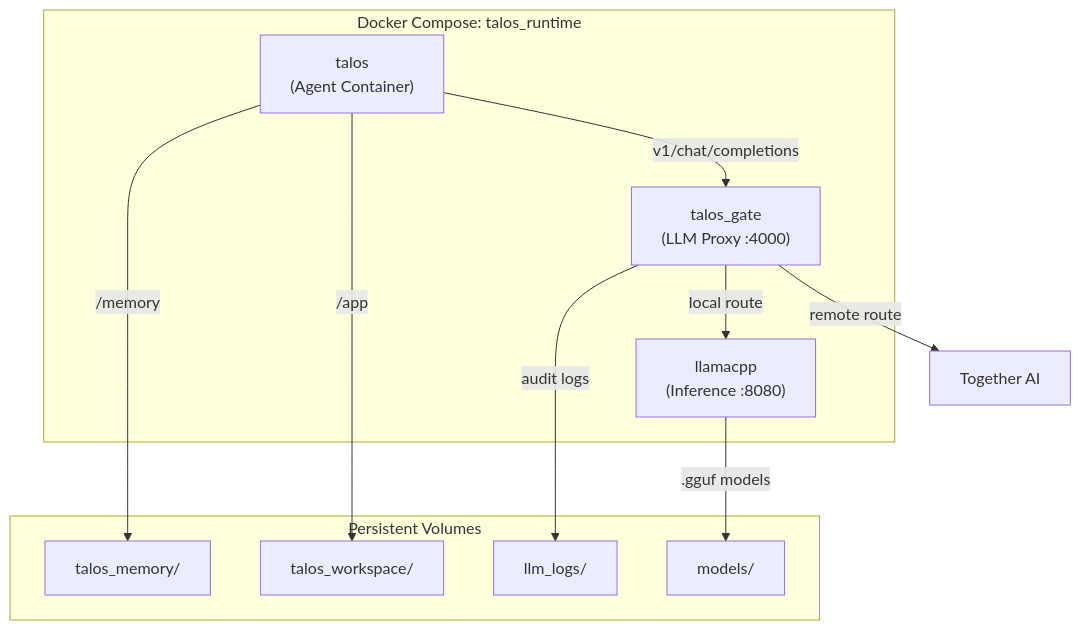
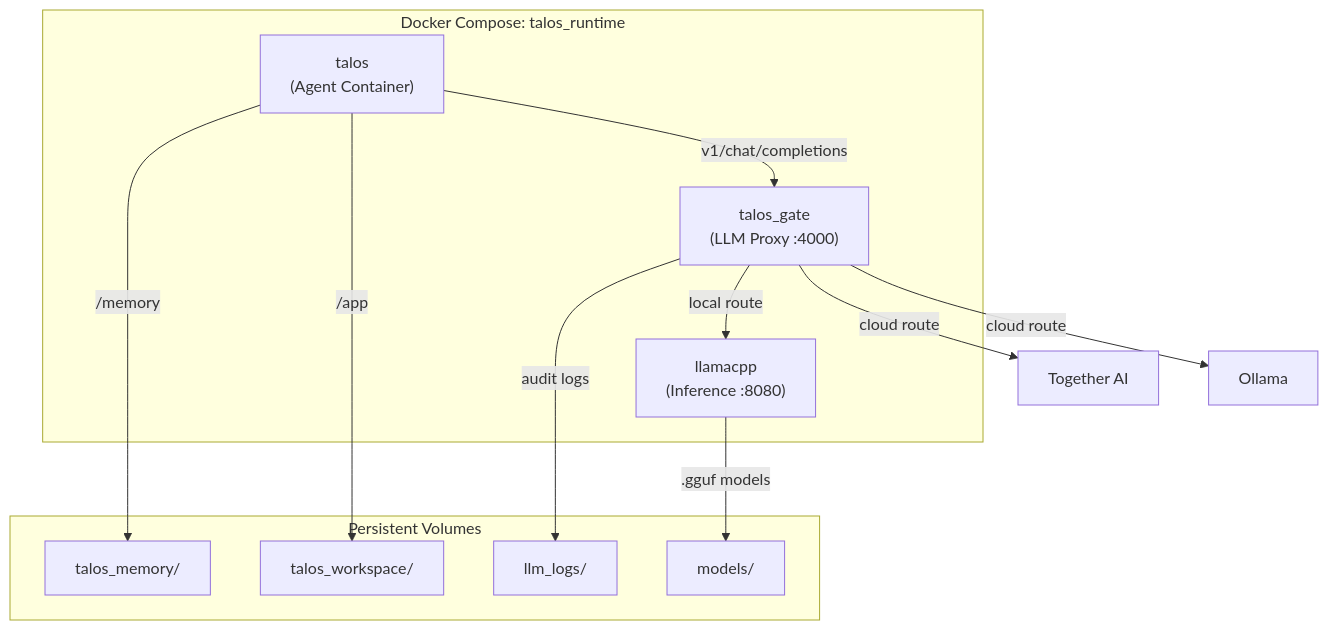
Before and after one commit to Redna/talos_runtime: the sixth of 7 diagrams in docs/docs/ARCHITECTURE.md, drawn with Mermaid. The commit also changed other lines of this file, not shown here.

First line of the commit message:
Apply architecture doc feedback: 8 revisions

````diff
--- a/docs/docs/ARCHITECTURE.md
+++ b/docs/docs/ARCHITECTURE.md
@@ -257,22 +273,23 @@
 ```mermaid
 graph TB
     subgraph "Docker Compose: talos_runtime"
         TALOS["talos<br/>(Agent Container)"]
         GATE["talos_gate<br/>(LLM Proxy :4000)"]
         LLAMACPP["llamacpp<br/>(Inference :8080)"]
     end
     subgraph "Persistent Volumes"
         MEM["talos_memory/"]
         WS["talos_workspace/"]
         LOGS["llm_logs/"]
         MODELS["models/"]
     end
 
     TALOS -->|"v1/chat/completions"| GATE
     TALOS -->|"/memory"| MEM
     TALOS -->|"/app"| WS
     GATE -->|"local route"| LLAMACPP
-    GATE -->|"remote route"| TOGETHER["Together AI"]
+    GATE -->|"cloud route"| TOGETHER["Together AI"]
+    GATE -->|"cloud route"| OLLAMA["Ollama"]
     GATE -->|"audit logs"| LOGS
     LLAMACPP -->|".gguf models"| MODELS
 ```
````
